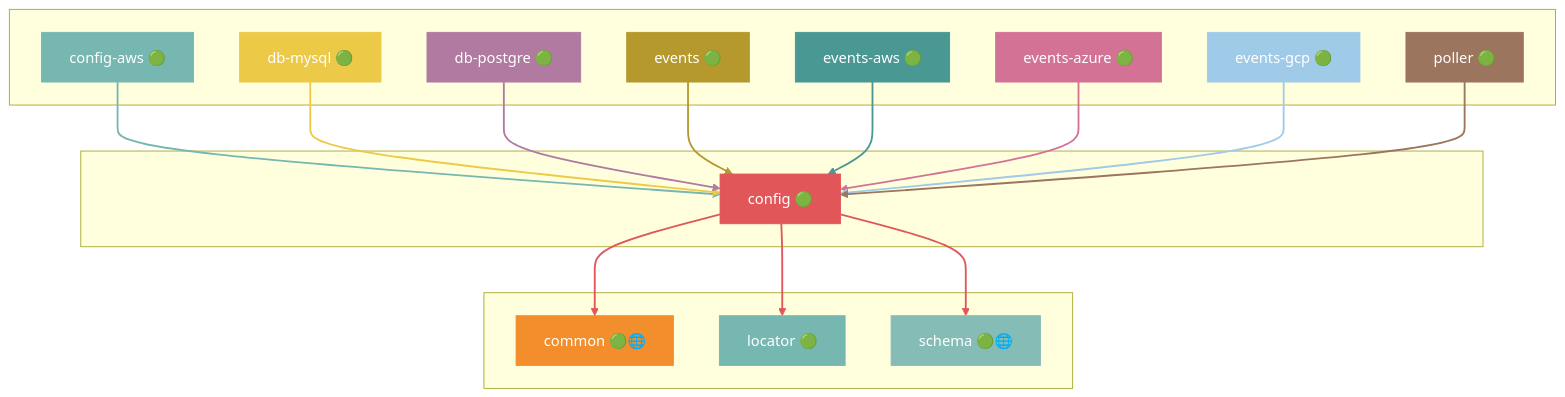
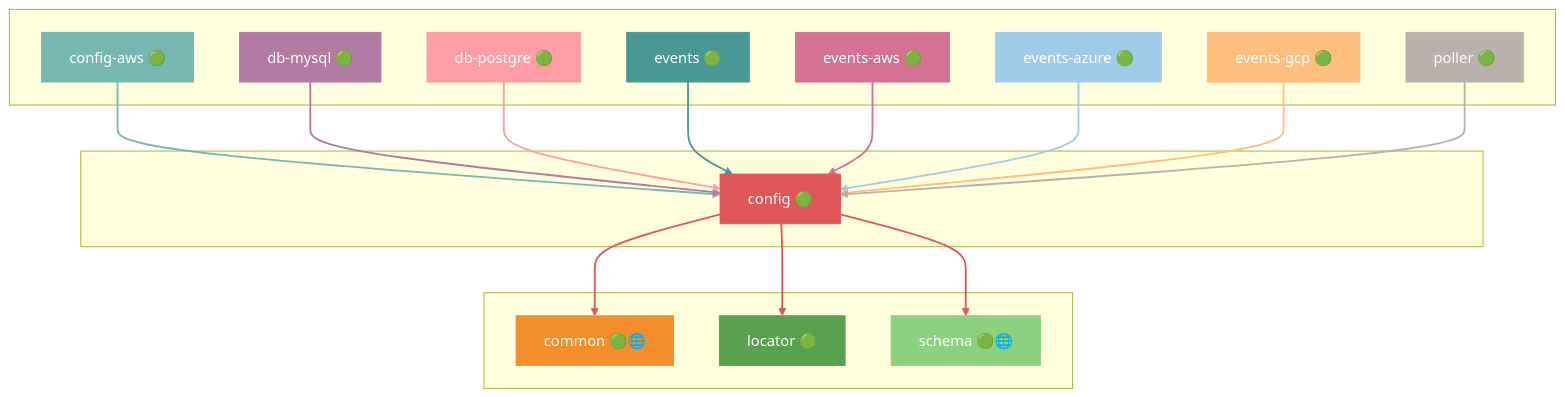
One commit to grest-ts/grest-ts changed the fourth of 41 diagrams in docs/DEPENDENCIES.md. Above: the diagram before and after it, drawn with Mermaid. The commit also changed other lines of this file and 29 other files, not shown here.

````diff
--- a/docs/DEPENDENCIES.md
+++ b/docs/DEPENDENCIES.md
@@ -445,55 +445,55 @@
 ```mermaid
 flowchart TB
     subgraph Dependents[" "]
         config-aws["config-aws 🟢"]
         db-mysql["db-mysql 🟢"]
         db-postgre["db-postgre 🟢"]
         events["events 🟢"]
         events-aws["events-aws 🟢"]
         events-azure["events-azure 🟢"]
         events-gcp["events-gcp 🟢"]
         poller["poller 🟢"]
     end
     subgraph Package[" "]
         config["config 🟢"]
     end
     subgraph Dependencies[" "]
         common["common 🟢🌐"]
         locator["locator 🟢"]
         schema["schema 🟢🌐"]
     end
     config-aws --> config
     db-mysql --> config
     db-postgre --> config
     events --> config
     events-aws --> config
     events-azure --> config
     events-gcp --> config
     poller --> config
     config --> common
     config --> locator
     config --> schema
     style config fill:#E15759,stroke:#E15759,color:#fff
     style config-aws fill:#76B7B2,stroke:#76B7B2,color:#fff
-    style db-mysql fill:#EDC948,stroke:#EDC948,color:#fff
-    style db-postgre fill:#B07AA1,stroke:#B07AA1,color:#fff
-    style events fill:#B6992D,stroke:#B6992D,color:#fff
-    style events-aws fill:#499894,stroke:#499894,color:#fff
-    style events-azure fill:#D37295,stroke:#D37295,color:#fff
-    style events-gcp fill:#A0CBE8,stroke:#A0CBE8,color:#fff
-    style poller fill:#9C755F,stroke:#9C755F,color:#fff
+    style db-mysql fill:#B07AA1,stroke:#B07AA1,color:#fff
+    style db-postgre fill:#FF9DA7,stroke:#FF9DA7,color:#fff
+    style events fill:#499894,stroke:#499894,color:#fff
+    style events-aws fill:#D37295,stroke:#D37295,color:#fff
+    style events-azure fill:#A0CBE8,stroke:#A0CBE8,color:#fff
+    style events-gcp fill:#FFBE7D,stroke:#FFBE7D,color:#fff
+    style poller fill:#BAB0AC,stroke:#BAB0AC,color:#fff
     style common fill:#F28E2B,stroke:#F28E2B,color:#fff
-    style locator fill:#76B7B2,stroke:#76B7B2,color:#fff
-    style schema fill:#86BCB6,stroke:#86BCB6,color:#fff
+    style locator fill:#59A14F,stroke:#59A14F,color:#fff
+    style schema fill:#8CD17D,stroke:#8CD17D,color:#fff
     linkStyle 0 stroke:#76B7B2,stroke-width:2px
-    linkStyle 1 stroke:#EDC948,stroke-width:2px
-    linkStyle 2 stroke:#B07AA1,stroke-width:2px
-    linkStyle 3 stroke:#B6992D,stroke-width:2px
-    linkStyle 4 stroke:#499894,stroke-width:2px
-    linkStyle 5 stroke:#D37295,stroke-width:2px
-    linkStyle 6 stroke:#A0CBE8,stroke-width:2px
-    linkStyle 7 stroke:#9C755F,stroke-width:2px
+    linkStyle 1 stroke:#B07AA1,stroke-width:2px
+    linkStyle 2 stroke:#FF9DA7,stroke-width:2px
+    linkStyle 3 stroke:#499894,stroke-width:2px
+    linkStyle 4 stroke:#D37295,stroke-width:2px
+    linkStyle 5 stroke:#A0CBE8,stroke-width:2px
+    linkStyle 6 stroke:#FFBE7D,stroke-width:2px
+    linkStyle 7 stroke:#BAB0AC,stroke-width:2px
     linkStyle 8 stroke:#E15759,stroke-width:2px
     linkStyle 9 stroke:#E15759,stroke-width:2px
     linkStyle 10 stroke:#E15759,stroke-width:2px
 ```
````
